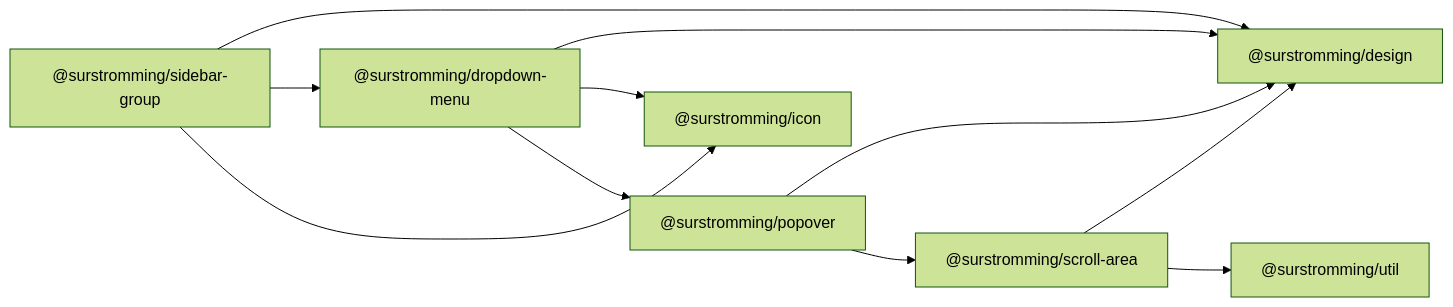
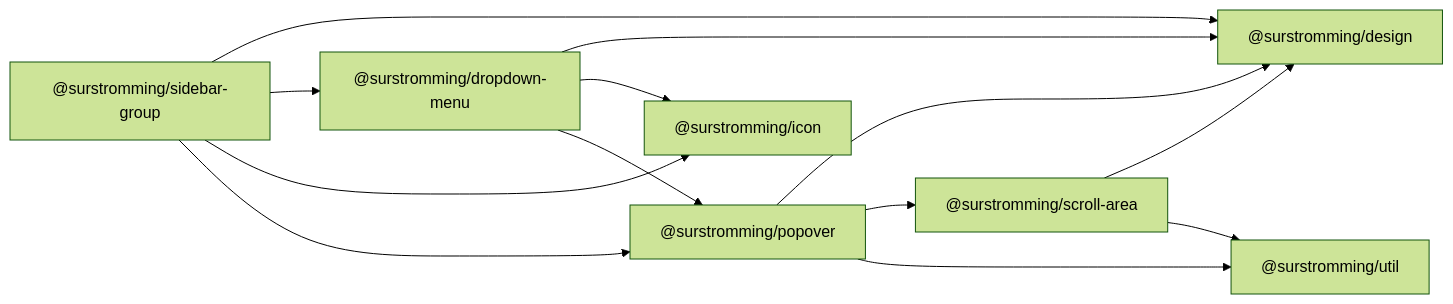
The diagram in packages/sidebar-group/README.md (hackteck/surstromming), drawn with Mermaid (forest theme) before and after one commit. The commit also changed 23 other files, not shown here.

````diff
--- a/packages/sidebar-group/README.md
+++ b/packages/sidebar-group/README.md
@@ -13,20 +13,22 @@
 ```mermaid
 graph LR
   sidebar_group["@surstromming/sidebar-group"]
   design["@surstromming/design"]
   dropdown_menu["@surstromming/dropdown-menu"]
   icon["@surstromming/icon"]
   popover["@surstromming/popover"]
   scroll_area["@surstromming/scroll-area"]
   util["@surstromming/util"]
   sidebar_group --> design
   sidebar_group --> dropdown_menu
+  sidebar_group --> icon
+  sidebar_group --> popover
   dropdown_menu --> design
   dropdown_menu --> icon
   dropdown_menu --> popover
   popover --> design
   popover --> scroll_area
+  popover --> util
   scroll_area --> design
   scroll_area --> util
-  sidebar_group --> icon
 ```
````
